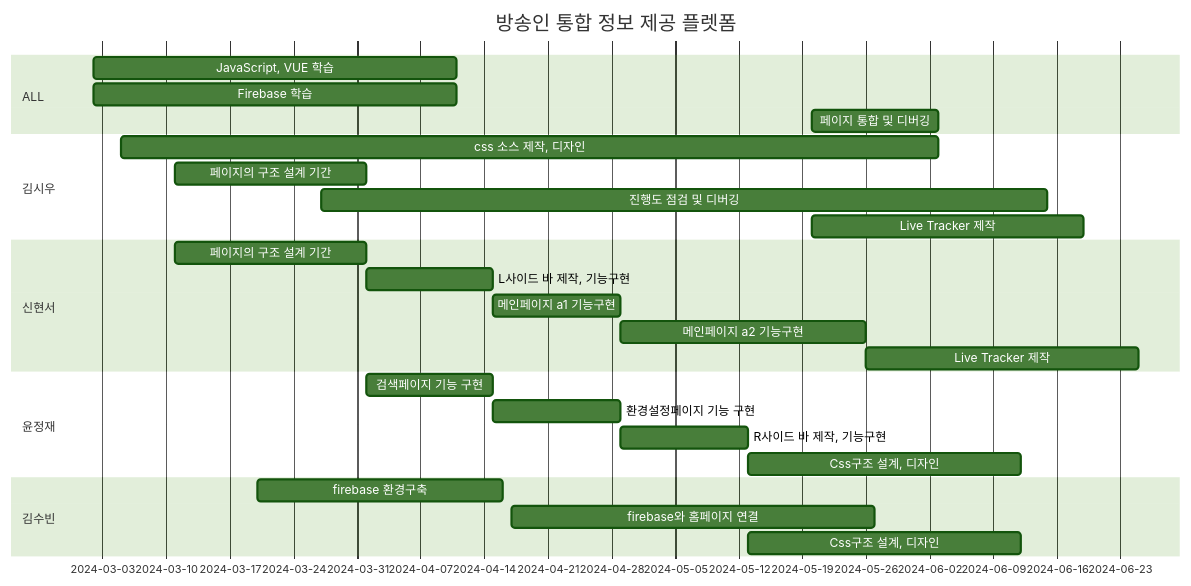
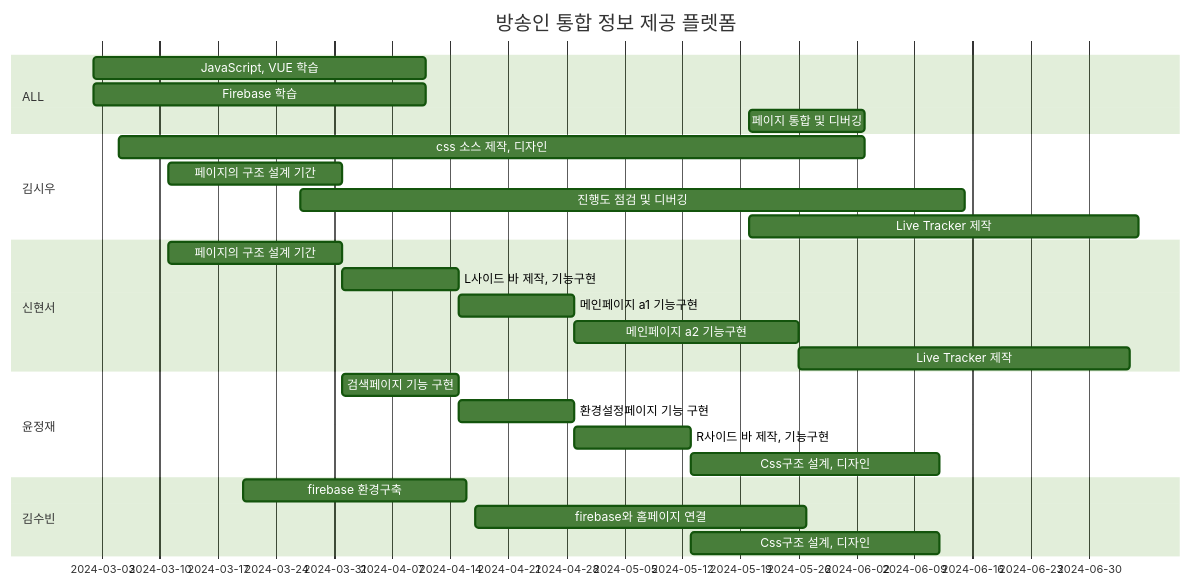
Before and after one commit to kimsiwoo12/kimsiwoo12: the diagram in README.md, drawn with Mermaid (forest theme).

````diff
--- a/README.md
+++ b/README.md
@@ -8,34 +8,34 @@
 ```mermaid
 gantt
     title 방송인 통합 정보 제공 플렛폼
     dateFormat  YYYY-MM-DD
 
     section ALL
     JavaScript, VUE 학습     :a1, 2024-03-02, 40d
     Firebase 학습            :a2, 2024-03-02, 40d
     페이지 통합 및 디버깅    :a3, 2024-05-20, 14d
 
     section 김시우
     css 소스 제작, 디자인    :a1, 2024-03-05, 90d
     페이지의 구조 설계 기간  :a2, 2024-03-11, 21d
     진행도 점검 및 디버깅    :a3, 2024-03-27, 80d
-    Live Tracker 제작        :a4, 2024-05-20, 30d
+    Live Tracker 제작        :a4, 2024-05-20, 47d
 
     section 신현서
     페이지의 구조 설계 기간     :a1, 2024-03-11, 21d
     L사이드 바 제작, 기능구현   :a2, 2024-04-01, 14d
     메인페이지 a1 기능구현      :a3, 2024-04-15, 14d
     메인페이지 a2 기능구현      :a4, 2024-04-29, 27d
-    Live Tracker 제작           :a5, 2024-05-26, 30d
+    Live Tracker 제작           :a5, 2024-05-26, 40d
 
     section 윤정재
     검색페이지 기능 구현          :a1, 2024-04-01, 14d
     환경설정페이지 기능 구현      :a2, 2024-04-15, 14d
     R사이드 바 제작, 기능구현     :a3, 2024-04-29, 14d
     Css구조 설계, 디자인          :a4, 2024-05-13, 30d
 
     section 김수빈
     firebase 환경구축        :a1, 2024-03-20, 27d
     firebase와 홈페이지 연결 :a2, 2024-04-17, 40d
     Css구조 설계, 디자인     :a3, 2024-05-13, 30d
 ```
````
